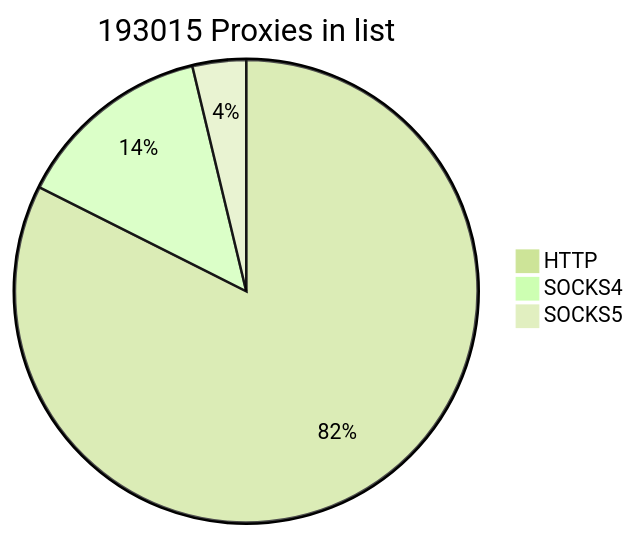
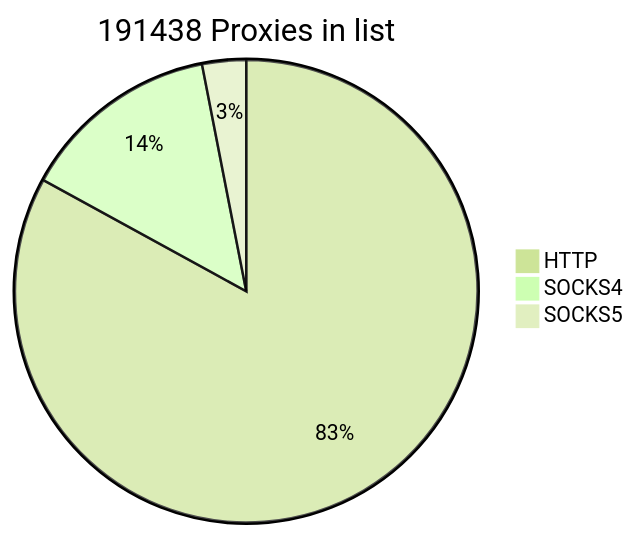
The first of 2 diagrams in README.md (cutipu/proxylist), drawn with Mermaid (forest theme) before and after one commit. The commit also changed other lines of this file, not shown here.

````diff
--- a/README.md
+++ b/README.md
@@ -2,7 +2,7 @@
 ```mermaid
-pie title 193015 Proxies in list
-    "HTTP" : 159073
-    "SOCKS4" : 26718
-    "SOCKS5" : 7224
+pie title 191438 Proxies in list
+    "HTTP" : 158849
+    "SOCKS4" : 26717
+    "SOCKS5" : 5872
             
 ```
````
